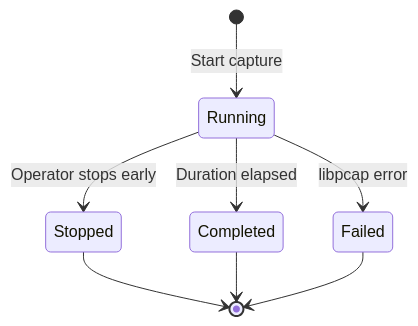
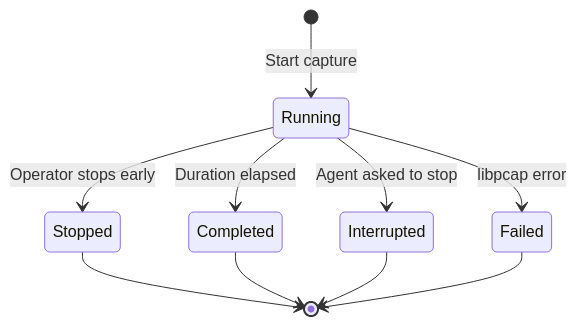
Before and after one commit to ebpfsentinel/ebpfsentinel-docs: the diagram in docs/features/capture.md, drawn with Mermaid. The commit also changed other lines of this file and 5 other files, not shown here.

````diff
--- a/docs/features/capture.md
+++ b/docs/features/capture.md
@@ -15,10 +15,12 @@
 ```mermaid
 stateDiagram-v2
     [*] --> Running : Start capture
     Running --> Stopped : Operator stops early
     Running --> Completed : Duration elapsed
+    Running --> Interrupted : Agent asked to stop
     Running --> Failed : libpcap error
     Stopped --> [*]
     Completed --> [*]
+    Interrupted --> [*]
     Failed --> [*]
 ```
````
